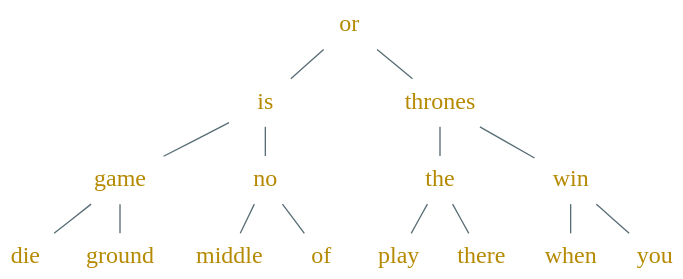
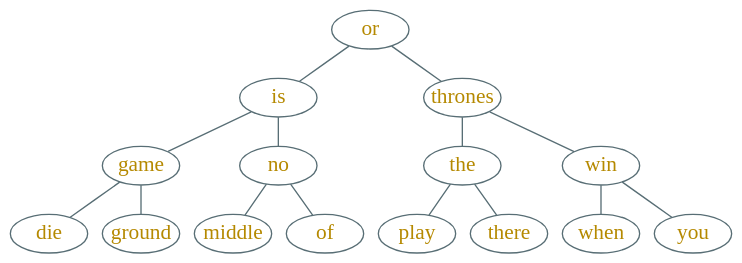
Before and after one commit to Avanti1980/course-alg: the diagram in dot/binary-search-tree.dot, drawn with Graphviz. The commit also changed 23 other files, not shown here.

```diff
--- a/dot/binary-search-tree.dot
+++ b/dot/binary-search-tree.dot
@@ -1,21 +1,21 @@
 digraph g {
     bgcolor=transparent
     rankdir=TB
-    graph [nodesep=0.05, ranksep=0.3]
-    node [shape=plaintext, color="#586e75", fontcolor="#b58900", fontsize=18, fontname="LXGWWenKai"]
+    graph [nodesep=0.15, ranksep=0.3]
+    node [shape=ellipse, fixedsize=true, height=0.4, width=0.8, color="#586e75", fontcolor="#b58900", fontsize=16, fontname="LXGWWenKai"]
     edge [arrowhead=none, color="#586e75", fontcolor="#268bd2", fontsize=16, fontname="LXGWWenKai"]
 
     or -> {is, thrones}
 
     is -> {game, no}
 
     game -> {die, ground}
 
     no -> {middle, of}
 
     thrones -> {the, win}
 
     the -> {play, there}
 
     win -> {when, you}
 }
```
